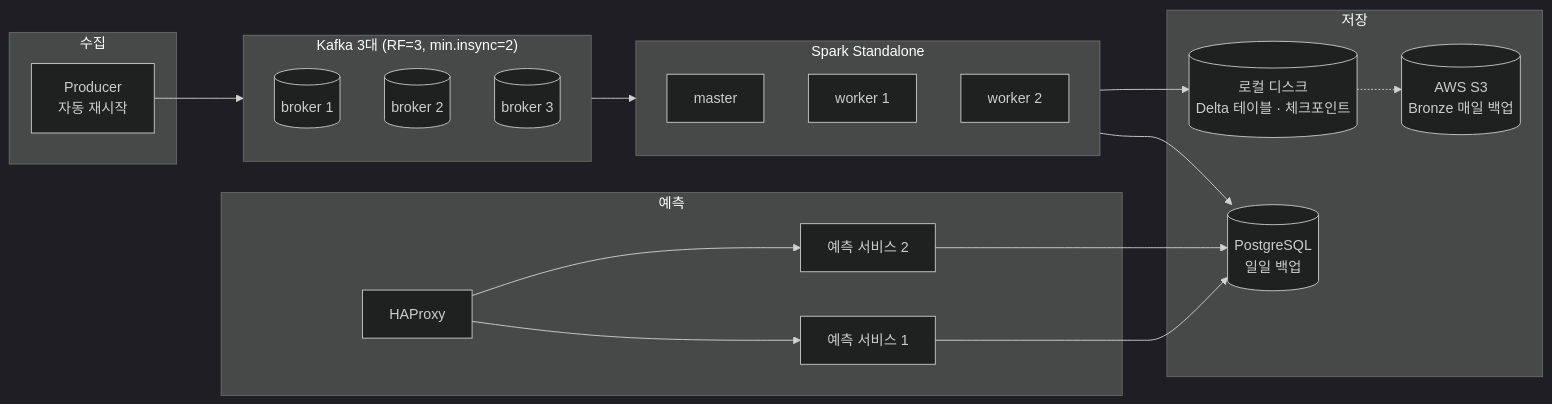
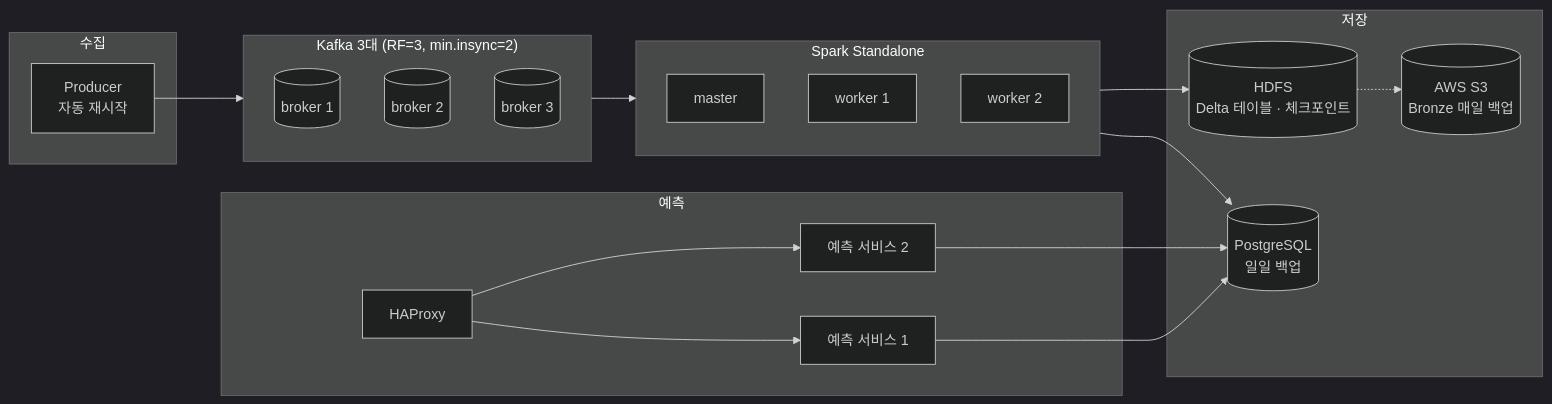
Before and after one commit to wonju0516/upbit-data-platform: the third of 3 diagrams in docs/03_시스템아키텍처.md, drawn with Mermaid (dark theme). The commit also changed other lines of this file and 6 other files, not shown here.

````diff
--- a/docs/03_시스템아키텍처.md
+++ b/docs/03_시스템아키텍처.md
@@ -193,32 +193,32 @@
 ```mermaid
 flowchart LR
   subgraph COL["수집"]
     C1["Producer<br/>자동 재시작"]
   end
   subgraph KAF["Kafka 3대 (RF=3, min.insync=2)"]
     K1[("broker 1")]
     K2[("broker 2")]
     K3[("broker 3")]
   end
   subgraph SPK["Spark Standalone"]
     M["master"]
     W1["worker 1"]
     W2["worker 2"]
   end
   subgraph STO["저장"]
-    OBJ[("로컬 디스크<br/>Delta 테이블 · 체크포인트")]
+    OBJ[("HDFS<br/>Delta 테이블 · 체크포인트")]
     BK[("AWS S3<br/>Bronze 매일 백업")]
     PG[("PostgreSQL<br/>일일 백업")]
   end
   subgraph SRV["예측"]
     LB["HAProxy"]
     A1["예측 서비스 1"]
     A2["예측 서비스 2"]
   end
   C1 --> KAF
   KAF --> SPK --> OBJ
   OBJ -.-> BK
   SPK --> PG
   LB --> A1 & A2
   A1 & A2 --> PG
 ```
````
